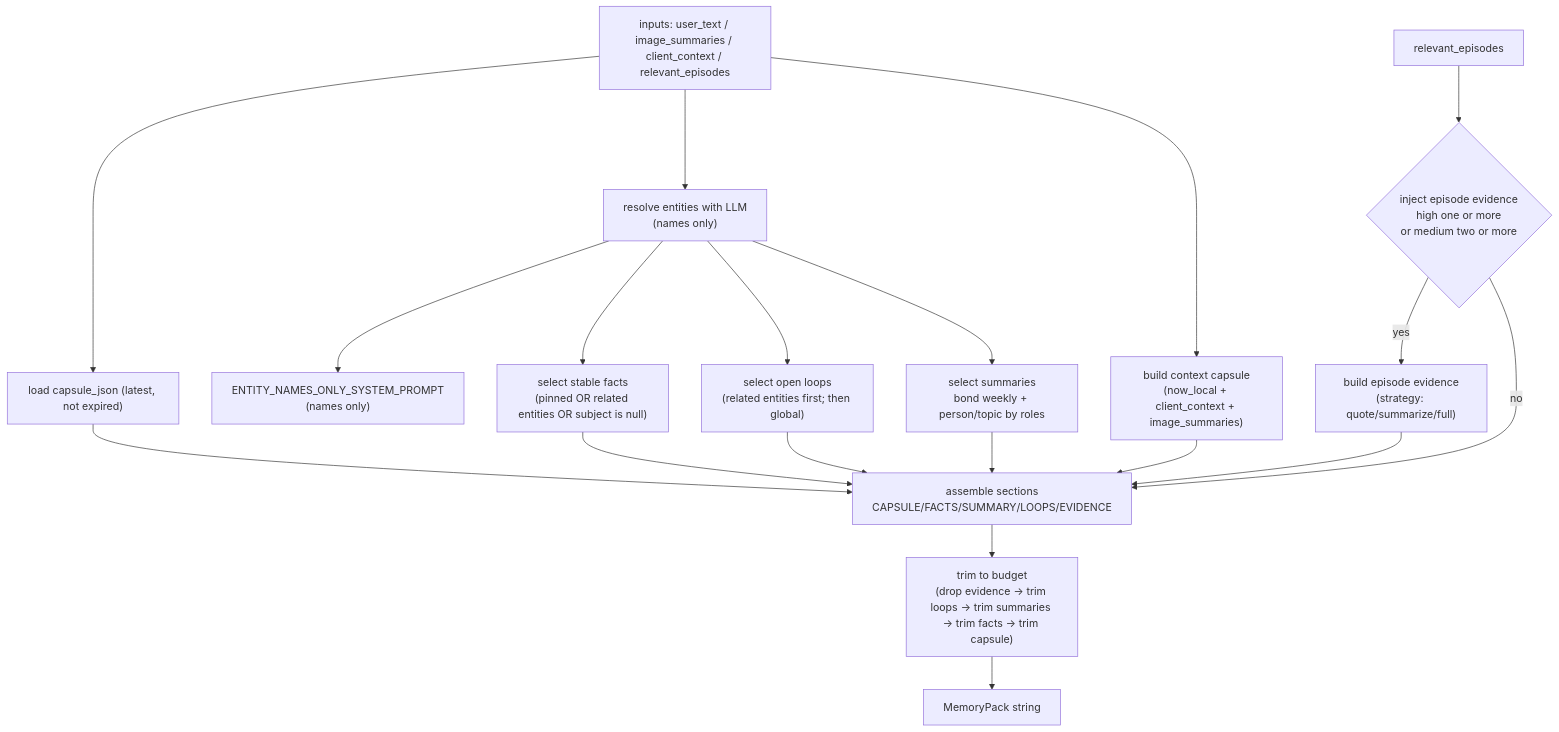
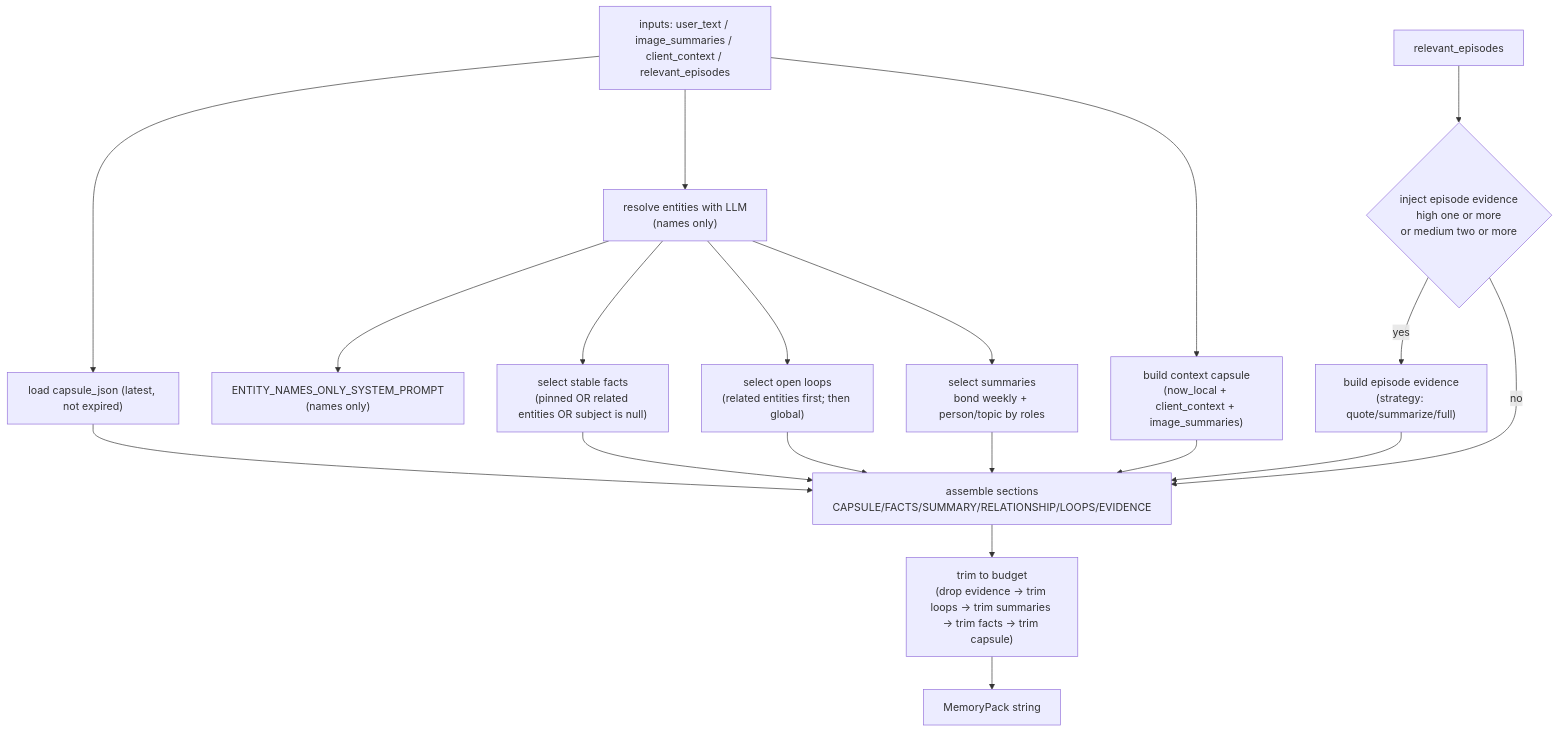
One commit to hirona98/cocoro_ghost changed the second of 4 diagrams in docs/prompt_usage_map.md. Above: the diagram before and after it, drawn with Mermaid. The commit also changed other lines of this file and 4 other files, not shown here.

````diff
--- a/docs/prompt_usage_map.md
+++ b/docs/prompt_usage_map.md
@@ -91,21 +91,21 @@
 ```mermaid
 flowchart TD
   IN["inputs: user_text / image_summaries / client_context / relevant_episodes"] --> CAPDB["load capsule_json (latest, not expired)"]
   IN --> ENT["resolve entities with LLM\n(names only)"]
   ENT --> ENTFB["ENTITY_NAMES_ONLY_SYSTEM_PROMPT\n(names only)"]
   ENT --> FACTS["select stable facts\n(pinned OR related entities OR subject is null)"]
   ENT --> LOOPS["select open loops\n(related entities first; then global)"]
   ENT --> SUM["select summaries\nbond weekly + person/topic by roles"]
   IN --> CC["build context capsule\n(now_local + client_context + image_summaries)"]
   REL["relevant_episodes"] --> DEC{"inject episode evidence\nhigh one or more\nor medium two or more"}
   DEC -->|yes| EVI["build episode evidence\n(strategy: quote/summarize/full)"]
   DEC -->|no| ASM
-  CAPDB --> ASM["assemble sections\nCAPSULE/FACTS/SUMMARY/LOOPS/EVIDENCE"]
+  CAPDB --> ASM["assemble sections\nCAPSULE/FACTS/SUMMARY/RELATIONSHIP/LOOPS/EVIDENCE"]
   FACTS --> ASM
   LOOPS --> ASM
   SUM --> ASM
   CC --> ASM
   EVI --> ASM
   ASM --> TRIM["trim to budget\n(drop evidence → trim loops → trim summaries → trim facts → trim capsule)"]
   TRIM --> OUT["MemoryPack string"]
 ```
````
